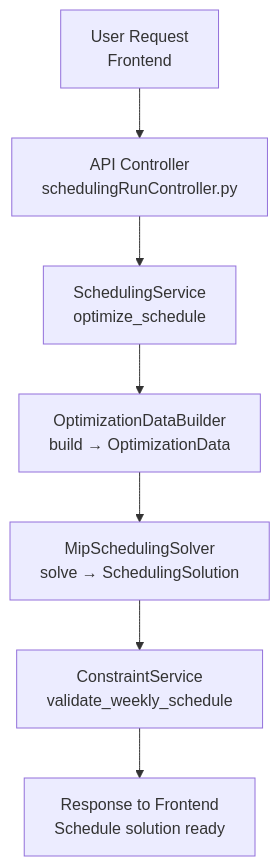
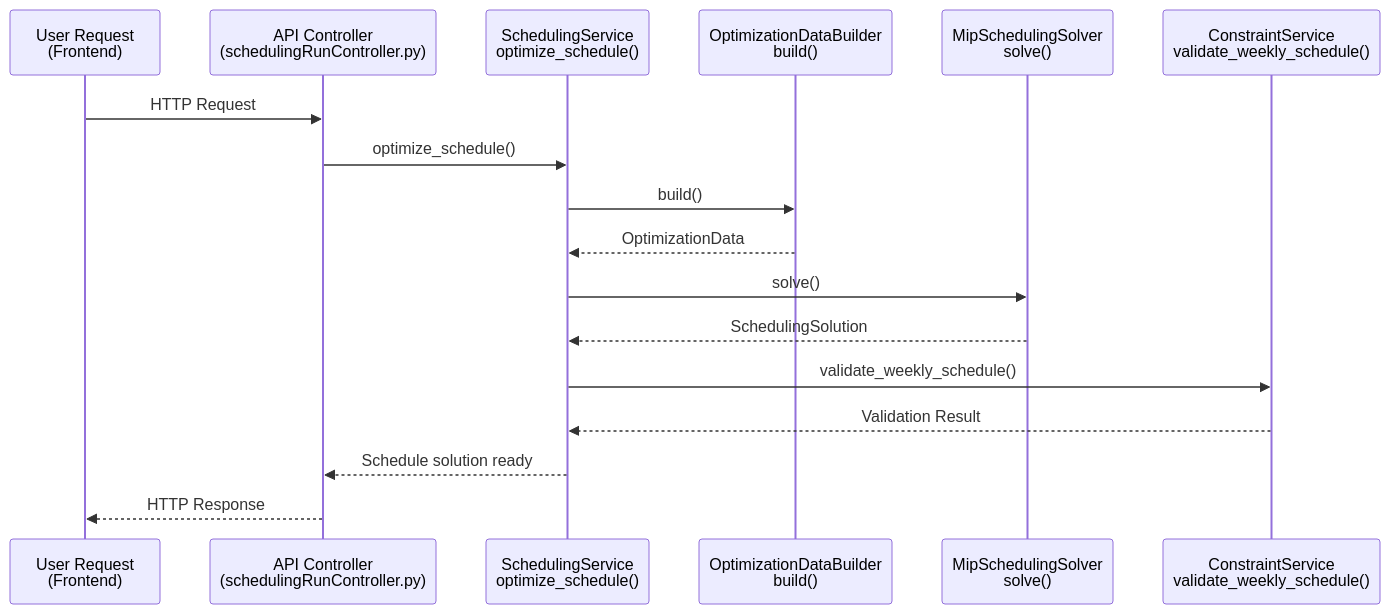
One commit to AlonLivne007/smart-scheduling changed the third of 5 diagrams in PRESENTATION.md. Above: the diagram before and after it, drawn with Mermaid. The commit also changed other lines of this file, not shown here.

````diff
--- a/PRESENTATION.md
+++ b/PRESENTATION.md
@@ -211,9 +207,20 @@
 ```mermaid
-graph TD
-    A["User Request<br/>Frontend"] --> B["API Controller<br/>schedulingRunController.py"]
-    B --> C["SchedulingService<br/>optimize_schedule"]
-    C --> D["OptimizationDataBuilder<br/>build → OptimizationData"]
-    D --> E["MipSchedulingSolver<br/>solve → SchedulingSolution"]
-    E --> F["ConstraintService<br/>validate_weekly_schedule"]
-    F --> G["Response to Frontend<br/>Schedule solution ready"]
+sequenceDiagram
+    participant User as User Request<br/>(Frontend)
+    participant Controller as API Controller<br/>(schedulingRunController.py)
+    participant Service as SchedulingService<br/>optimize_schedule()
+    participant Builder as OptimizationDataBuilder<br/>build()
+    participant Solver as MipSchedulingSolver<br/>solve()
+    participant Validator as ConstraintService<br/>validate_weekly_schedule()
+
+    User->>Controller: HTTP Request
+    Controller->>Service: optimize_schedule()
+    Service->>Builder: build()
+    Builder-->>Service: OptimizationData
+    Service->>Solver: solve()
+    Solver-->>Service: SchedulingSolution
+    Service->>Validator: validate_weekly_schedule()
+    Validator-->>Service: Validation Result
+    Service-->>Controller: Schedule solution ready
+    Controller-->>User: HTTP Response
 ```
````
